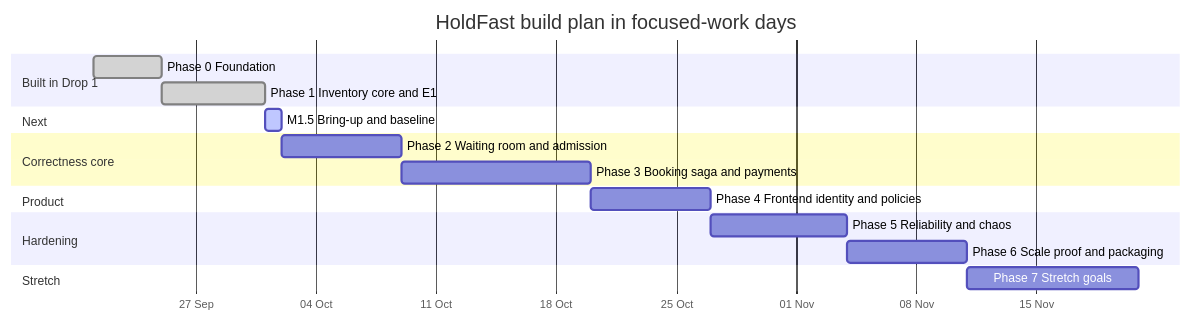
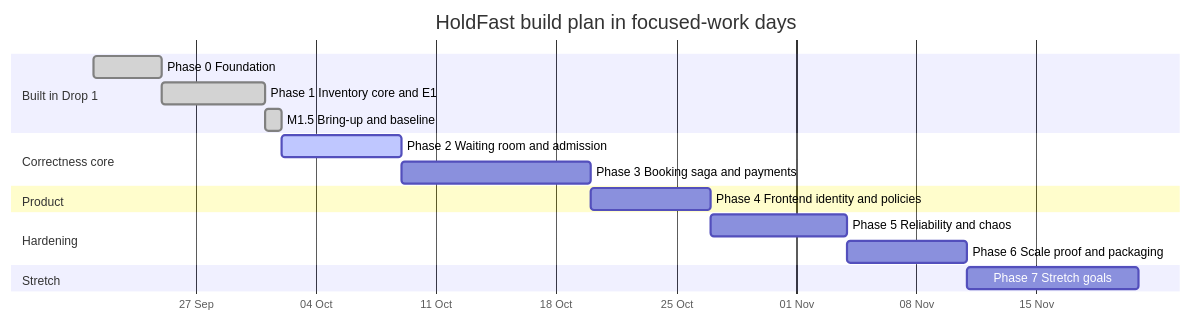
One commit to Sanjay-Mx21/holdfast changed the eighth of 8 diagrams in docs/design/holdfast-design-and-build-plan.mdx. Above: the diagram before and after it, drawn with Mermaid. The commit also changed other lines of this file and 3 other files, not shown here.

````diff
--- a/docs/design/holdfast-design-and-build-plan.mdx
+++ b/docs/design/holdfast-design-and-build-plan.mdx
@@ -1934,21 +1934,20 @@
 ```mermaid
 gantt
   title HoldFast build plan in focused-work days
   dateFormat YYYY-MM-DD
   axisFormat %d %b
   section Built in Drop 1
   Phase 0 Foundation                     :done, p0, 2026-09-21, 4d
   Phase 1 Inventory core and E1          :done, p1, after p0, 6d
-  section Next
-  M1.5 Bring-up and baseline             :active, m15, after p1, 1d
+  M1.5 Bring-up and baseline             :done, m15, after p1, 1d
   section Correctness core
-  Phase 2 Waiting room and admission     :p2, after m15, 7d
+  Phase 2 Waiting room and admission     :active, p2, after m15, 7d
   Phase 3 Booking saga and payments      :p3, after p2, 11d
   section Product
   Phase 4 Frontend identity and policies :p4, after p3, 7d
   section Hardening
   Phase 5 Reliability and chaos          :p5, after p4, 8d
   Phase 6 Scale proof and packaging      :p6, after p5, 7d
   section Stretch
   Phase 7 Stretch goals                  :p7, after p6, 10d
 ```
````
